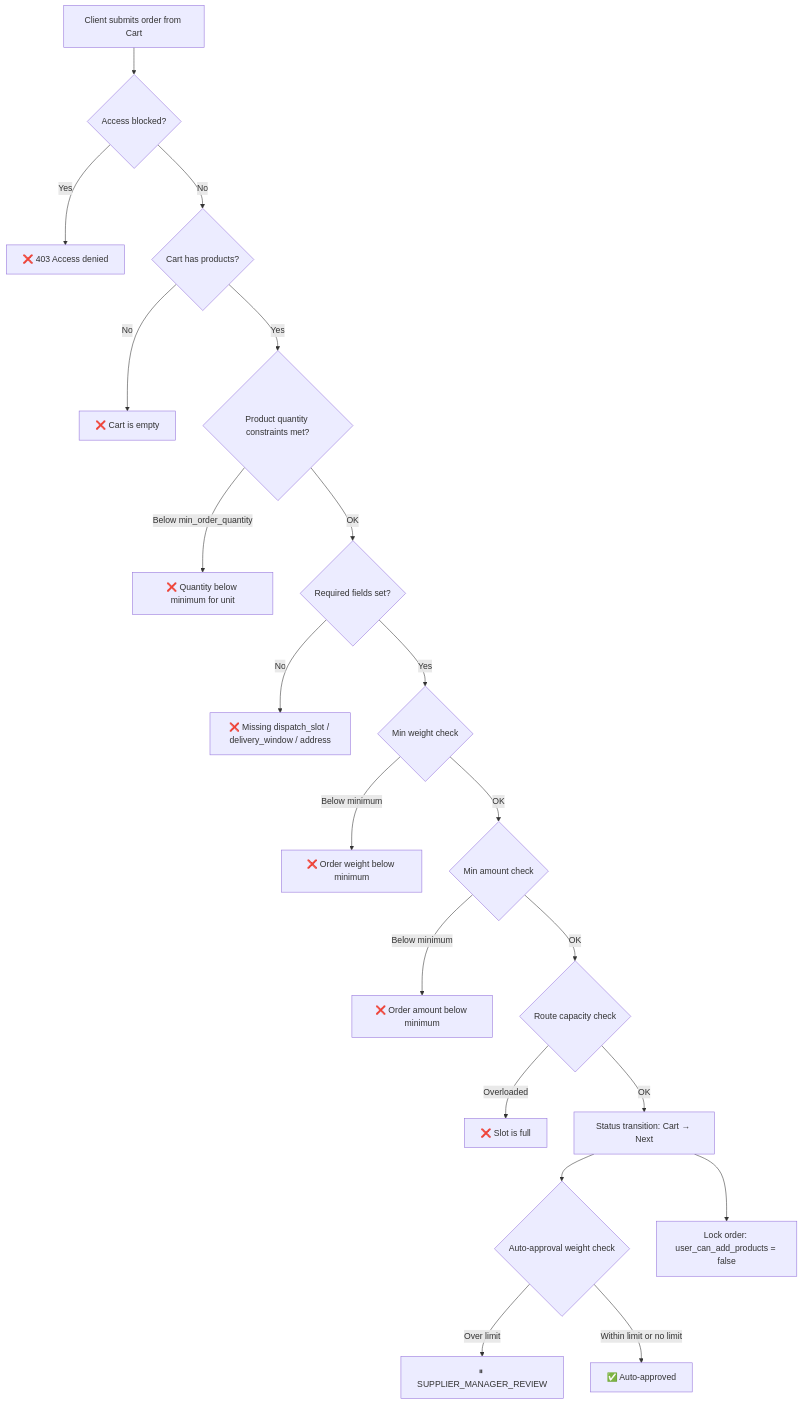
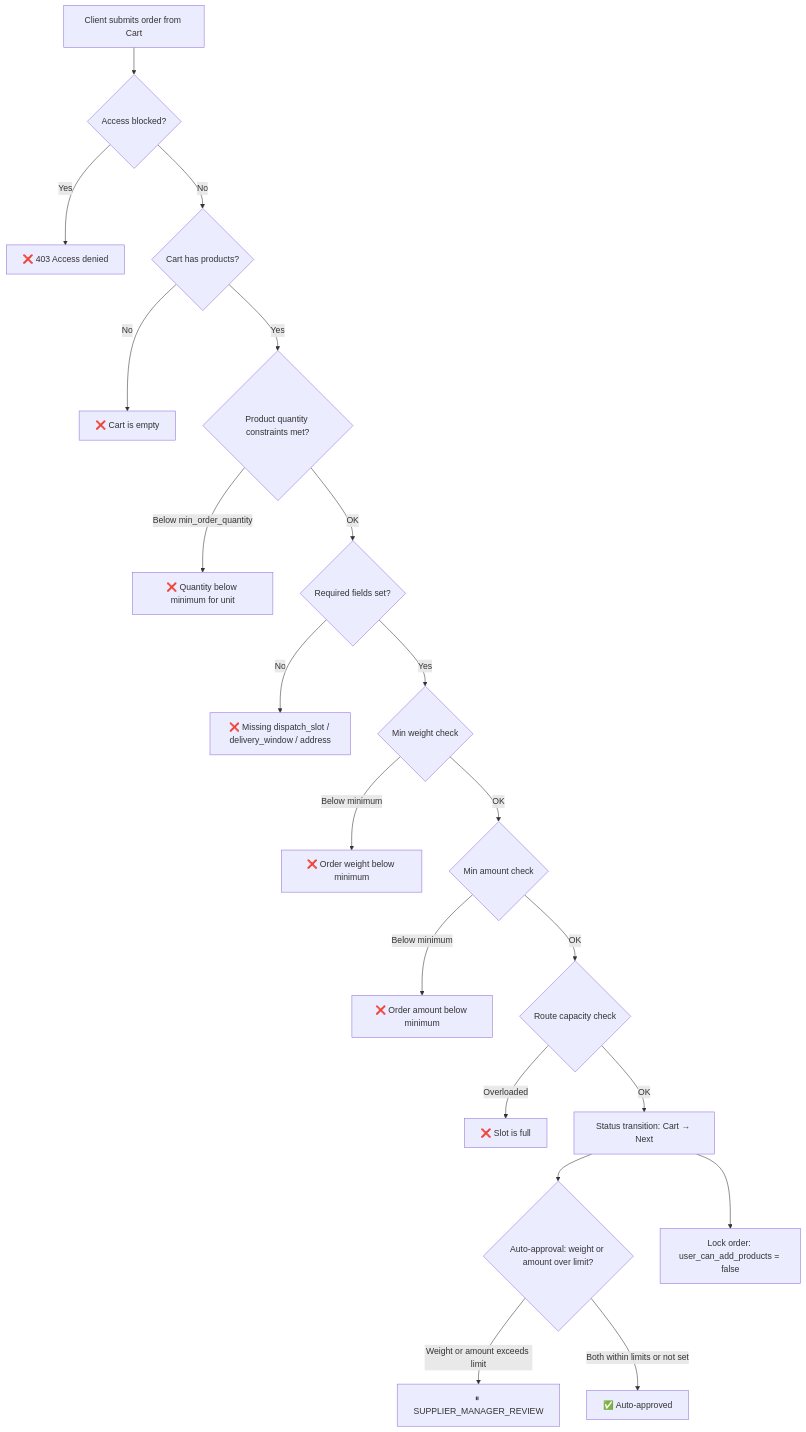
One commit to MaxShytov/8Move-internal-docs changed the diagram in docs/architecture/django-backend/workflows/order-placement-constraints.md. Above: the diagram before and after it, drawn with Mermaid. The commit also changed other lines of this file, not shown here.

First line of the commit message:
docs: add max_auto_order_amount, update product constraint examples

````diff
--- a/docs/architecture/django-backend/workflows/order-placement-constraints.md
+++ b/docs/architecture/django-backend/workflows/order-placement-constraints.md
@@ -19,22 +19,22 @@
 ```mermaid
 flowchart TD
     A[Client submits order from Cart] --> B{Access blocked?}
     B -->|Yes| X1[❌ 403 Access denied]
     B -->|No| C{Cart has products?}
     C -->|No| X2[❌ Cart is empty]
     C -->|Yes| P{Product quantity constraints met?}
     P -->|Below min_order_quantity| X6[❌ Quantity below minimum for unit]
     P -->|OK| D{Required fields set?}
     D -->|No| X3[❌ Missing dispatch_slot / delivery_window / address]
     D -->|Yes| E{Min weight check}
     E -->|Below minimum| X4[❌ Order weight below minimum]
     E -->|OK| EA{Min amount check}
     EA -->|Below minimum| X7[❌ Order amount below minimum]
     EA -->|OK| F{Route capacity check}
     F -->|Overloaded| X5[❌ Slot is full]
     F -->|OK| G[Status transition: Cart → Next]
-    G --> H{Auto-approval weight check}
-    H -->|Over limit| I[⏸ SUPPLIER_MANAGER_REVIEW]
-    H -->|Within limit or no limit| J[✅ Auto-approved]
+    G --> H{Auto-approval: weight or amount over limit?}
+    H -->|Weight or amount exceeds limit| I[⏸ SUPPLIER_MANAGER_REVIEW]
+    H -->|Both within limits or not set| J[✅ Auto-approved]
     G --> K[Lock order: user_can_add_products = false]
 ```
````
